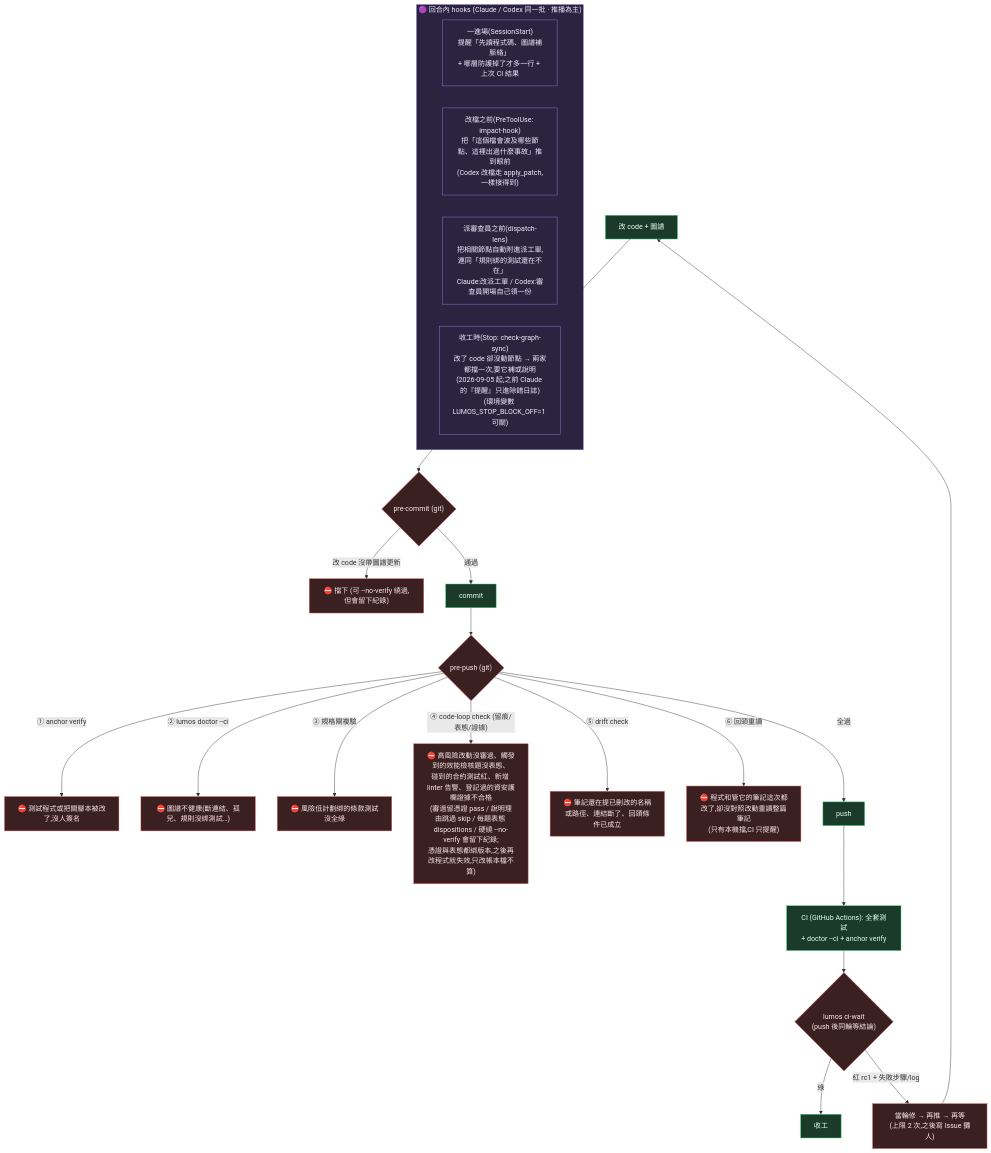
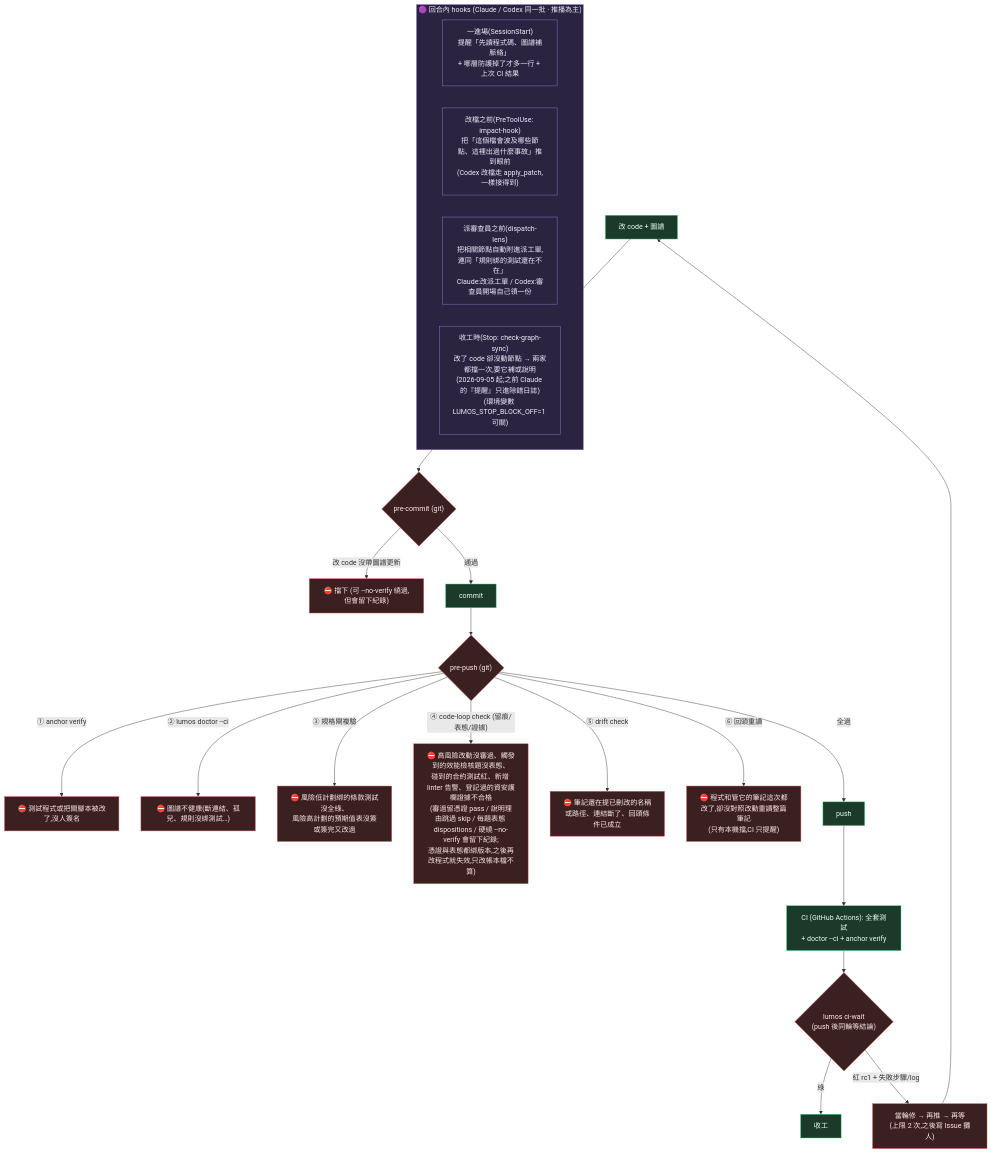
Before and after one commit to EnzoHsieh-Android/Lumos: the fourth of 5 diagrams in ARCHITECTURE.md, drawn with Mermaid. The commit also changed 17 other files, not shown here.

````diff
--- a/ARCHITECTURE.md
+++ b/ARCHITECTURE.md
@@ -162,35 +162,35 @@
 ```mermaid
 flowchart TB
     subgraph BEFORE["🟣 回合內 hooks (Claude / Codex 同一批 · 推播為主)"]
         ENTRY["一進場(SessionStart)<br/>提醒「先讀程式碼、圖譜補脈絡」<br/>+ 哪層防護掉了才多一行 + 上次 CI 結果"]
         PRE["改檔之前(PreToolUse: impact-hook)<br/>把「這個檔會波及哪些節點、這裡出過什麼事故」推到眼前<br/>(Codex 改檔走 apply_patch,一樣接得到)"]
         LENS["派審查員之前(dispatch-lens)<br/>把相關節點自動附進派工單,連同「規則綁的測試還在不在」<br/>Claude:改派工單 / Codex:審查員開場自己領一份"]
         STOPH["收工時(Stop: check-graph-sync)<br/>改了 code 卻沒動節點 → 兩家都擋一次,要它補或說明<br/>(2026-09-05 起;之前 Claude 的『提醒』只進除錯日誌)<br/>(環境變數 LUMOS_STOP_BLOCK_OFF=1 可關)"]
     end
 
     EDIT["改 code + 圖譜"] --> PC{"pre-commit (git)"}
     PC -->|"改 code 沒帶圖譜更新"| BLOCK["⛔ 擋下 (可 --no-verify 繞過,但會留下紀錄)"]
     PC -->|通過| COMMIT["commit"]
 
     COMMIT --> PUSH{"pre-push (git)"}
     PUSH -->|"① anchor verify"| PB2["⛔ 測試程式或把關腳本被改了,沒人簽名"]
     PUSH -->|"② lumos doctor --ci"| PB1["⛔ 圖譜不健康(斷連結、孤兒、規則沒綁測試…)"]
-    PUSH -->|"③ 規格閘複驗"| PB4["⛔ 風險低計劃綁的條款測試沒全綠"]
+    PUSH -->|"③ 規格閘複驗"| PB4["⛔ 風險低計劃綁的條款測試沒全綠、<br/>風險高計劃的預期值表沒簽或簽完又改過"]
     PUSH -->|"④ code-loop check (留痕/表態/證據)"| PB3["⛔ 高風險改動沒審過、觸發到的效能檢核題沒表態、<br/>碰到的合約測試紅、新增 linter 告警、登記過的資安護欄證據不合格<br/>(審過留憑證 pass / 說明理由跳過 skip / 每題表態 dispositions / 硬繞 --no-verify 會留下紀錄;<br/>憑證與表態都綁版本,之後再改程式就失效,只改帳本檔不算)"]
     PUSH -->|"⑤ drift check"| PB5["⛔ 筆記還在提已刪改的名稱或路徑、連結斷了、回頭條件已成立"]
     PUSH -->|"⑥ 回頭重讀"| PB6["⛔ 程式和管它的筆記這次都改了,卻沒對照改動重讀整篇筆記<br/>(只有本機擋,CI 只提醒)"]
     PUSH -->|全過| PASS["push"]
     PASS --> CI["CI (GitHub Actions): 全套測試<br/>+ doctor --ci + anchor verify"]
     CI --> WAIT{"lumos ci-wait<br/>(push 後同輪等結論)"}
     WAIT -->|綠| DONE["收工"]
     WAIT -->|"紅 rc1 + 失敗步驟/log"| FIX["當輪修 → 再推 → 再等<br/>(上限 2 次,之後寫 Issue 攤人)"]
     FIX --> EDIT
 
     classDef gate fill:#3a2020,stroke:#dc5b5b,color:#ffe8e8
     classDef ok fill:#1b3a2a,stroke:#3ddc84,color:#e8fff0
     classDef push fill:#2a2440,stroke:#9a7bd6,color:#f0ecff
     class PC,PUSH,BLOCK,PB1,PB2,PB3,PB4,PB5,PB6 gate
     class COMMIT,PASS,CI,EDIT,DONE ok
     class WAIT,FIX gate
     class BEFORE,ENTRY,PRE,LENS,STOPH push
 ```
````
